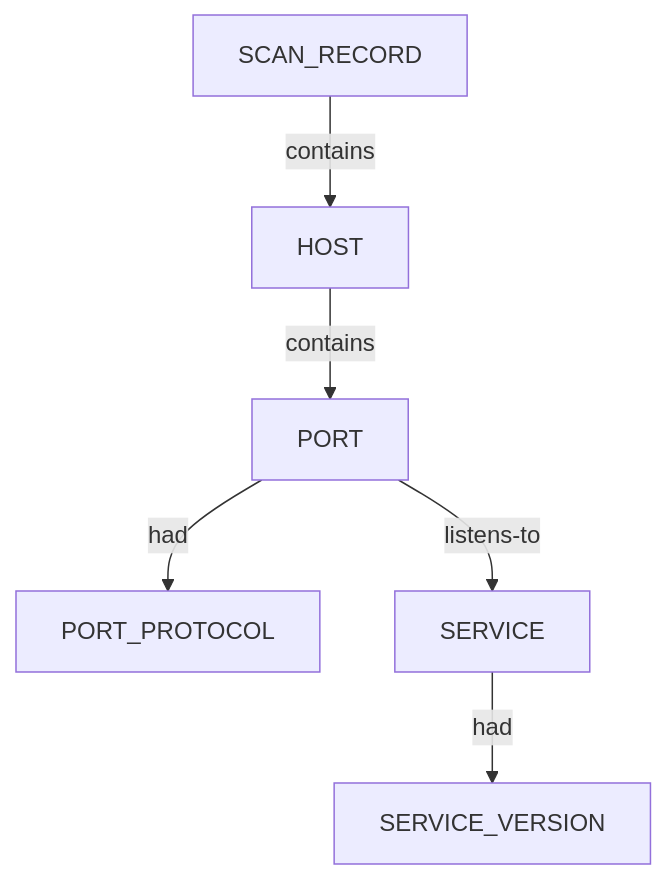
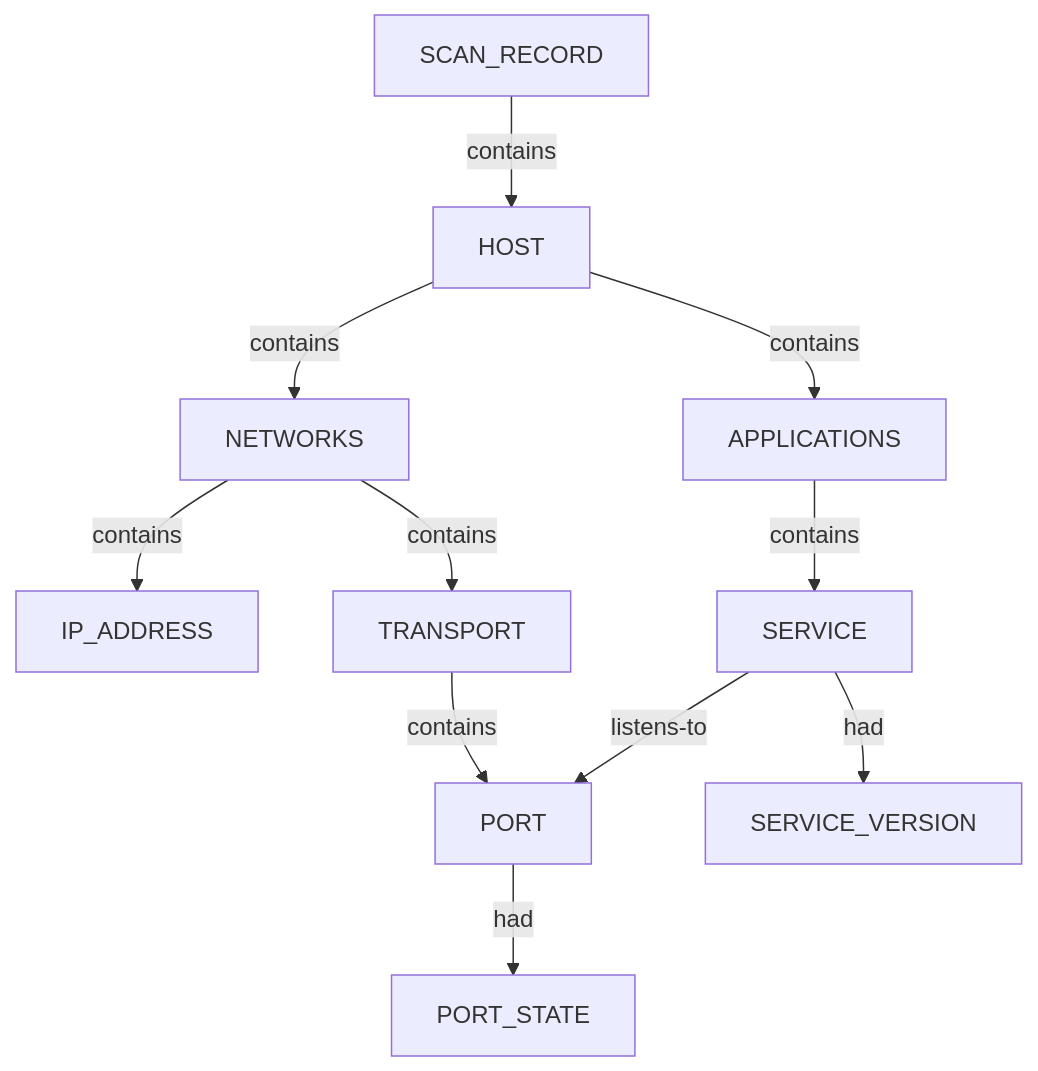
The second of 3 diagrams in .docs/docs-for-cli-tools/nugget_structure/nerva_nugget_graph_structure.md (brettforbes/spiderfeet), drawn with Mermaid before and after one commit. The commit also changed other lines of this file and 56 other files, not shown here.

````diff
--- a/.docs/docs-for-cli-tools/nugget_structure/nerva_nugget_graph_structure.md
+++ b/.docs/docs-for-cli-tools/nugget_structure/nerva_nugget_graph_structure.md
@@ -36,14 +30,23 @@
 ```mermaid
 flowchart TD
-  scan["SCAN_RECORD"]
-  host["HOST"]
-  port["PORT"]
-  proto["PORT_PROTOCOL"]
-  svc["SERVICE"]
-  ver["SERVICE_VERSION"]
-  scan -->|contains| host
-  host -->|contains| port
-  port -->|had| proto
-  port -->|listens-to| svc
-  svc -->|had| ver
+  scan_record_1["SCAN_RECORD"]
+  host_2["HOST"]
+  networks_3["NETWORKS"]
+  ip_address_4["IP_ADDRESS"]
+  transport_5["TRANSPORT"]
+  port_6["PORT"]
+  port_state_7["PORT_STATE"]
+  applications_8["APPLICATIONS"]
+  service_9["SERVICE"]
+  service_version_10["SERVICE_VERSION"]
+  scan_record_1 -->|contains| host_2
+  host_2 -->|contains| networks_3
+  networks_3 -->|contains| ip_address_4
+  networks_3 -->|contains| transport_5
+  transport_5 -->|contains| port_6
+  port_6 -->|had| port_state_7
+  host_2 -->|contains| applications_8
+  applications_8 -->|contains| service_9
+  service_9 -->|listens-to| port_6
+  service_9 -->|had| service_version_10
 ```
````
